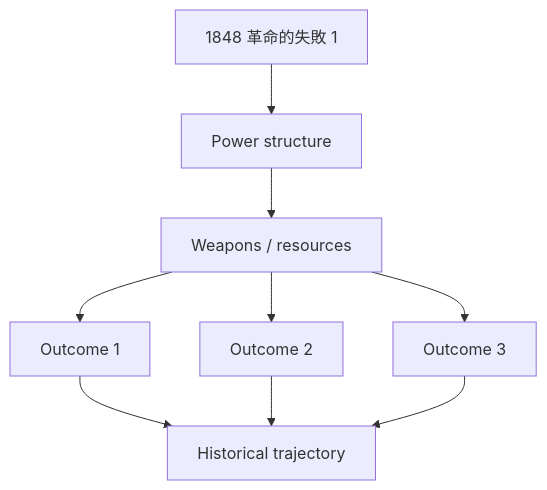
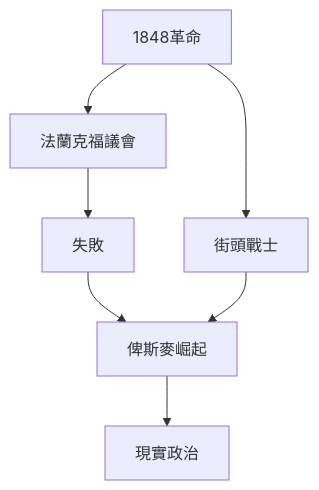
Before and after one commit to yip-lgtm/HKU-Harvard-History-Self-Study: the first of 10 diagrams in 02_Harvard_Courses/Fall_Courses/Hist44_Germany_1848_1949.md, drawn with Mermaid. The commit also changed other lines of this file and 65 other files, not shown here.

````diff
--- a/02_Harvard_Courses/Fall_Courses/Hist44_Germany_1848_1949.md
+++ b/02_Harvard_Courses/Fall_Courses/Hist44_Germany_1848_1949.md
@@ -107,11 +92,9 @@
 ```mermaid
 graph TD
-    A[1848 革命的失敗 1] --> B[Power structure]
-    B --> C[Weapons / resources]
-    C --> D[Outcome 1]
-    C --> E[Outcome 2]
-    C --> F[Outcome 3]
-    D --> G[Historical trajectory]
-    E --> G
-    F --> G
+    A[1848革命] --> B[法蘭克福議會]
+    B --> C[失敗]
+    A --> D[街頭戰士]
+    C --> E[俾斯麥崛起]
+    D --> E
+    E --> F[現實政治]
 ```
````
